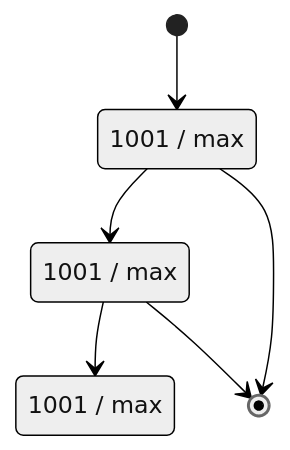
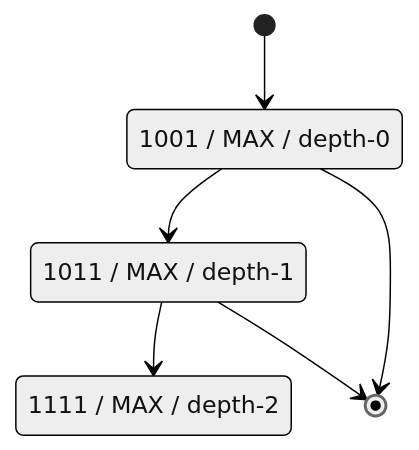
Before and after one commit to geobeau/trie: the first of 3 diagrams in README.md, drawn with Mermaid (neutral theme). The commit also changed other lines of this file, not shown here.

````diff
--- a/README.md
+++ b/README.md
@@ -3,14 +28,13 @@
 ```mermaid
 stateDiagram-v2
-    node1: 1001 / max
-    node2: 1001 / max
-    node3: 1001 / max
+    node1: 1001 / MAX / depth-0
+    node2: 1011 / MAX / depth-1
+    node3: 1111 / MAX / depth-2
     [*] --> node1
 
     node1 --> node2
     node1 --> [*]
 
     node2 --> node3
     node2 --> [*]
-
 ```
````
